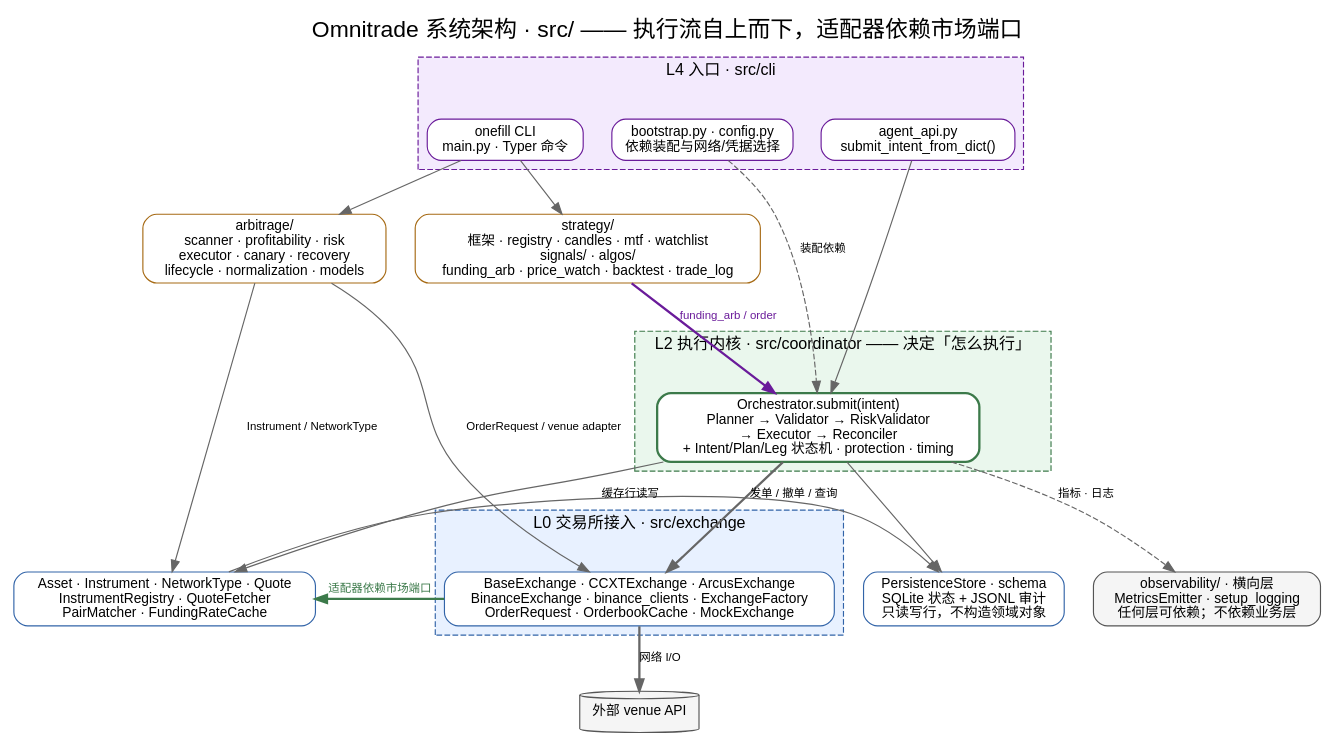
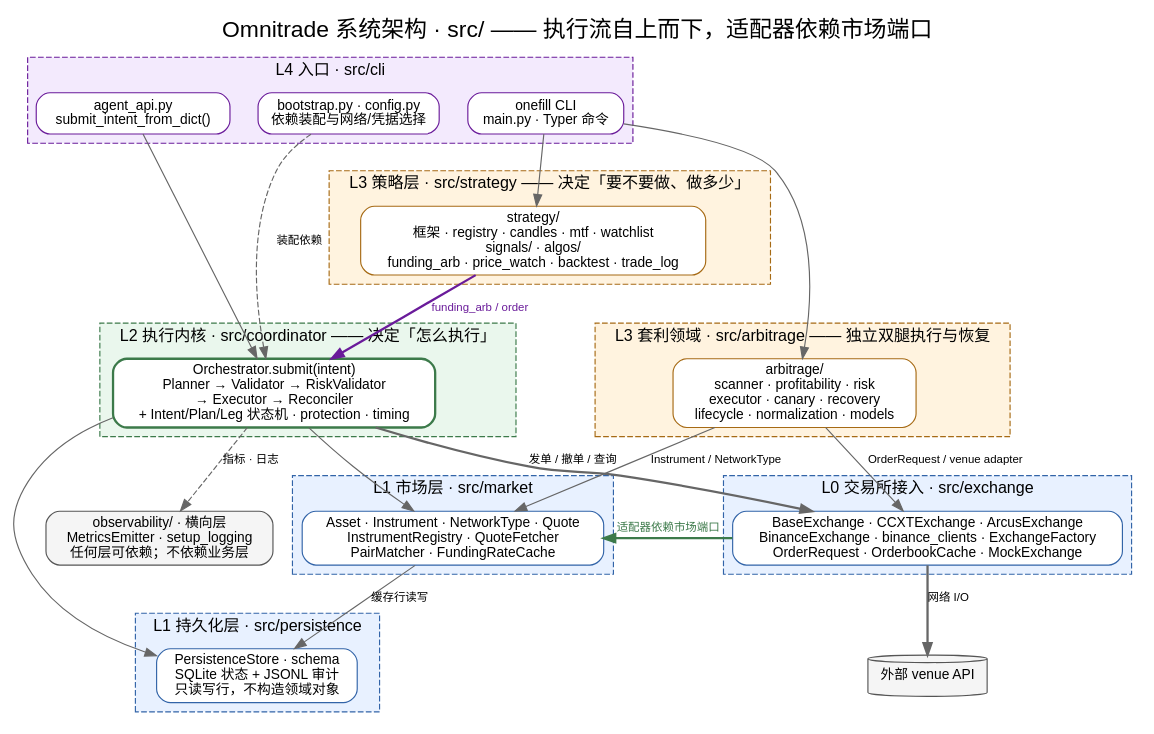
One commit to 0xkayne/OmniTrade changed the diagram in docs/assets/sys-architecture.dot. Above: the diagram before and after it, drawn with Graphviz. The commit also changed 1 other file, not shown here.

Commit message:
docs: restore architecture layer labels

```diff
--- a/docs/assets/sys-architecture.dot
+++ b/docs/assets/sys-architecture.dot
@@ -1,89 +1,87 @@
 // 系统架构总览：八个包、分层与依赖方向
 // 源码位置：src/ 全部八个包
 // 重新生成：scripts/render_diagrams.sh sys-architecture
 
 digraph sys_architecture {
   graph [
     fontname="Helvetica", fontsize="20",
     rankdir=TB, compound=true, nodesep=0.35, ranksep=0.62,
     labelloc="t",
     label="Omnitrade 系统架构 · src/ —— 执行流自上而下，适配器依赖市场端口"
   ];
   node [fontname="Helvetica", fontsize="12", shape=box, style="rounded,filled"];
   edge [fontname="Helvetica", fontsize="10", color="#666666"];
 
   subgraph cluster_entry {
     label="L4 入口 · src/cli"; fontsize="14";
     color="#6a1b9a"; style="filled,dashed"; fillcolor="#f3eafd";
     cli [label="onefill CLI\nmain.py · Typer 命令", fillcolor="#ffffff", color="#6a1b9a"];
     agent [label="agent_api.py\nsubmit_intent_from_dict()", fillcolor="#ffffff", color="#6a1b9a"];
     boot [label="bootstrap.py · config.py\n依赖装配与网络/凭据选择", fillcolor="#ffffff", color="#6a1b9a"];
   }
 
   subgraph cluster_strategy {
     label="L3 策略层 · src/strategy —— 决定「要不要做、做多少」"; fontsize="14";
     color="#a66a14"; style="filled,dashed"; fillcolor="#fff3df";
     strategy [label="strategy/\n框架 · registry · candles · mtf · watchlist\nsignals/ · algos/\nfunding_arb · price_watch · backtest · trade_log",
               fillcolor="#ffffff", color="#a66a14"];
   }
 
   subgraph cluster_arbitrage {
     label="L3 套利领域 · src/arbitrage —— 独立双腿执行与恢复"; fontsize="14";
     color="#a66a14"; style="filled,dashed"; fillcolor="#fff3df";
     arbitrage [label="arbitrage/\nscanner · profitability · risk\nexecutor · canary · recovery\nlifecycle · normalization · models",
                fillcolor="#ffffff", color="#a66a14"];
   }
 
   subgraph cluster_core {
     label="L2 执行内核 · src/coordinator —— 决定「怎么执行」"; fontsize="14";
     color="#3c7a4a"; style="filled,dashed"; fillcolor="#eaf7ed";
     pipe [label="Orchestrator.submit(intent)\nPlanner → Validator → RiskValidator\n→ Executor → Reconciler\n+ Intent/Plan/Leg 状态机 · protection · timing",
           fillcolor="#ffffff", color="#3c7a4a", penwidth=2];
   }
 
   subgraph cluster_market {
     label="L1 市场层 · src/market"; fontsize="14";
     color="#3264a8"; style="filled,dashed"; fillcolor="#e8f1ff";
     market [label="Asset · Instrument · NetworkType · Quote\nInstrumentRegistry · QuoteFetcher\nPairMatcher · FundingRateCache",
             fillcolor="#ffffff", color="#3264a8"];
   }
 
   subgraph cluster_persistence {
     label="L1 持久化层 · src/persistence"; fontsize="14";
     color="#3264a8"; style="filled,dashed"; fillcolor="#e8f1ff";
     persist [label="PersistenceStore · schema\nSQLite 状态 + JSONL 审计\n只读写行，不构造领域对象",
              fillcolor="#ffffff", color="#3264a8"];
   }
 
   subgraph cluster_exchange {
     label="L0 交易所接入 · src/exchange"; fontsize="14";
     color="#3264a8"; style="filled,dashed"; fillcolor="#e8f1ff";
     exch [label="BaseExchange · CCXTExchange · ArcusExchange\nBinanceExchange · binance_clients · ExchangeFactory\nOrderRequest · OrderbookCache · MockExchange",
           fillcolor="#ffffff", color="#3264a8"];
   }
 
   obs [label="observability/ · 横向层\nMetricsEmitter · setup_logging\n任何层可依赖；不依赖业务层",
        fillcolor="#f5f5f5", color="#555555"];
   venue [label="外部 venue API", shape=cylinder, style=filled, fillcolor="#f5f5f5", color="#555555"];
 
-  { rank=same; strategy; arbitrage; }
-  { rank=same; market; persist; }
 
   // 运行时执行流：入口装配领域对象，策略/套利进入各自的执行路径。
   cli   -> strategy;
   cli   -> arbitrage;
   agent -> pipe;
   boot  -> pipe [label="装配依赖", style=dashed];
   strategy -> pipe [label="funding_arb / order", style=bold, color="#6a1b9a", fontcolor="#6a1b9a"];
   arbitrage -> market [label="Instrument / NetworkType"];
   arbitrage -> exch [label="OrderRequest / venue adapter"];
   pipe -> market;
   pipe -> persist;
   pipe -> exch [label="发单 / 撤单 / 查询", style=bold];
   pipe -> obs [label="指标 · 日志", style=dashed];
   market -> persist [label="缓存行读写"];
 
   // 适配器把 venue 原始数据构造成 market 领域对象；这是源码允许的 exchange → market 边。
   exch -> market [label="适配器依赖市场端口", style=bold, color="#3c7a4a", fontcolor="#3c7a4a", constraint=false];
   exch -> venue [label="网络 I/O", style=bold];
 }
```
